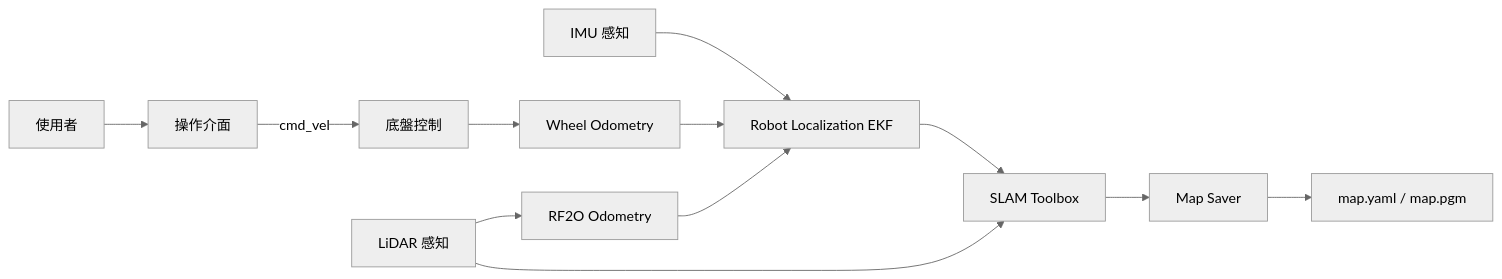
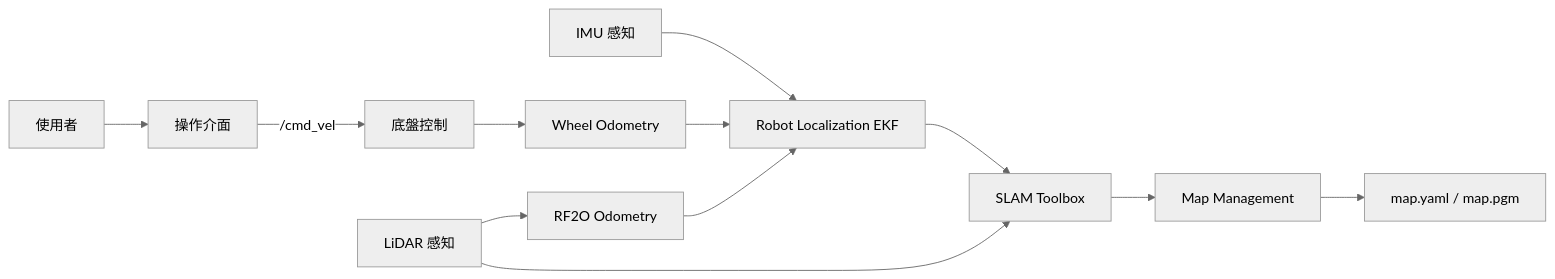
One commit to monkey30440/mobile_base changed the diagram in docs/architecture.md. Above: the diagram before and after it, drawn with Mermaid (neutral theme). The commit also changed other lines of this file and 1 other file, not shown here.

````diff
--- a/docs/architecture.md
+++ b/docs/architecture.md
@@ -29,45 +44,45 @@
 ```mermaid
 flowchart LR
 
     User[使用者]
 
     Teleop[操作介面]
 
     Base[底盤控制]
 
     LiDAR[LiDAR 感知]
 
     IMU[IMU 感知]
 
     WheelOdom[Wheel Odometry]
 
     RF2O[RF2O Odometry]
 
     EKF[Robot Localization EKF]
 
     SLAM[SLAM Toolbox]
 
-    MapSaver[Map Saver]
+    MapManagement[Map Management]
 
     User --> Teleop
 
-    Teleop -->|cmd_vel| Base
+    Teleop -->|/cmd_vel| Base
 
     Base --> WheelOdom
 
     LiDAR --> RF2O
 
     WheelOdom --> EKF
 
     RF2O --> EKF
 
     IMU --> EKF
 
     LiDAR --> SLAM
 
     EKF --> SLAM
 
-    SLAM --> MapSaver
+    SLAM --> MapManagement
 
-    MapSaver --> MapFiles[map.yaml / map.pgm]
+    MapManagement --> MapFiles[map.yaml / map.pgm]
 ```
````
